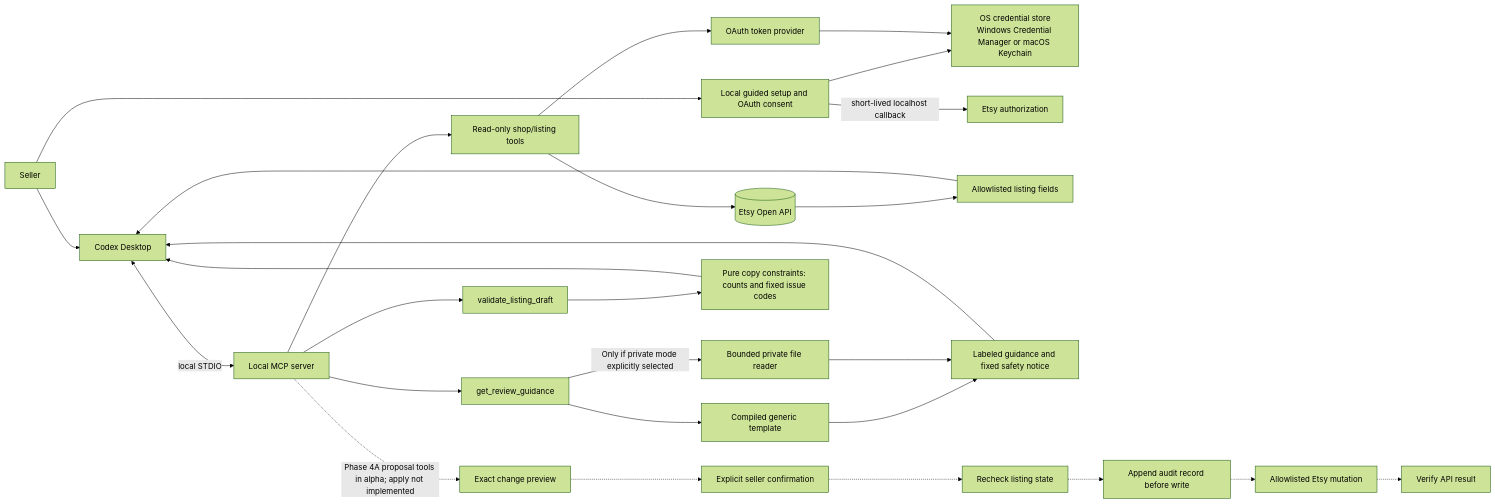
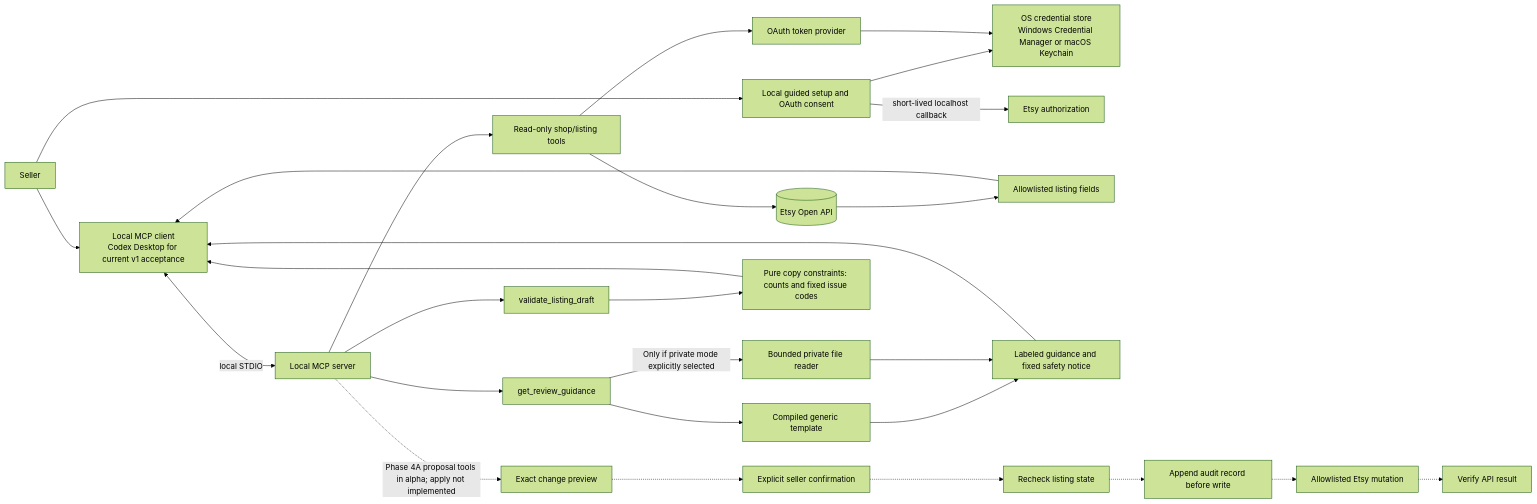
One commit to stevenfarmer/etsySellerAssistant changed the second of 3 diagrams in docs/architecture.md. Above: the diagram before and after it, drawn with Mermaid (forest theme). The commit also changed other lines of this file and 13 other files, not shown here.

Commit message:
docs: clarify MCP server positioning and project voice

````diff
--- a/docs/architecture.md
+++ b/docs/architecture.md
@@ -35,29 +37,29 @@
 ```mermaid
 flowchart LR
   seller[Seller] --> setup[Local guided setup and OAuth consent]
   setup --> store[OS credential store<br/>Windows Credential Manager or macOS Keychain]
   setup -->|short-lived localhost callback| etsyAuth[Etsy authorization]
-  seller --> codex[Codex Desktop]
-  codex <-->|local STDIO| mcp[Local MCP server]
+  seller --> client[Local MCP client<br/>Codex Desktop for current v1 acceptance]
+  client <-->|local STDIO| mcp[Local MCP server]
   mcp --> readTools[Read-only shop/listing tools]
   readTools --> oauth[OAuth token provider]
   oauth --> store
   readTools --> api[(Etsy Open API)]
   api --> allowlist[Allowlisted listing fields]
-  allowlist --> codex
+  allowlist --> client
   mcp --> guidance[get_review_guidance]
   guidance --> generic[Compiled generic template]
   guidance -->|Only if private mode explicitly selected| private[Bounded private file reader]
   generic --> labeled[Labeled guidance and fixed safety notice]
   private --> labeled
-  labeled --> codex
+  labeled --> client
   mcp --> preflight[validate_listing_draft]
   preflight --> checks[Pure copy constraints: counts and fixed issue codes]
-  checks --> codex
+  checks --> client
   mcp -. "Phase 4A proposal tools in alpha; apply not implemented" .-> preview[Exact change preview]
   preview -.-> confirm[Explicit seller confirmation]
   confirm -.-> stale[Recheck listing state]
   stale -.-> audit[Append audit record before write]
   audit -.-> write[Allowlisted Etsy mutation]
   write -.-> verify[Verify API result]
 ```
````
